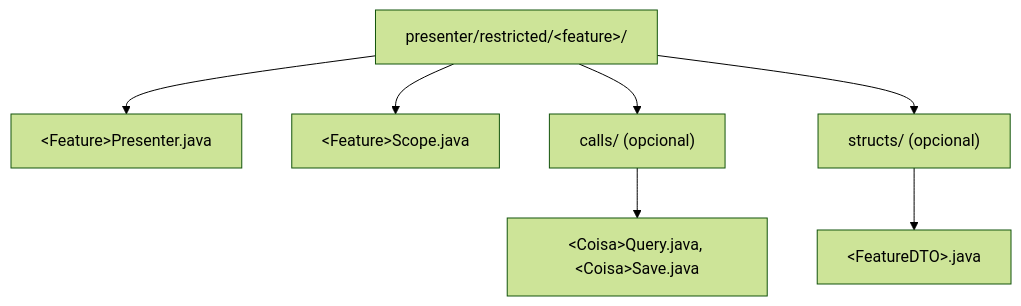
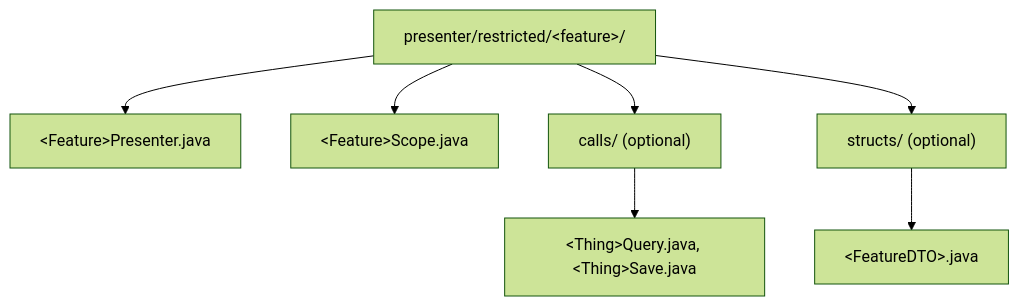
One commit to mrcdom/wdc-cube-java-v2 changed the fourth of 4 diagrams in fontes/br.com.wdc.shopping/br.com.wdc.shopping.presentation/README.md. Above: the diagram before and after it, drawn with Mermaid (forest theme). The commit also changed other lines of this file and 69 other files, not shown here.

````diff
--- a/fontes/br.com.wdc.shopping/br.com.wdc.shopping.presentation/README.md
+++ b/fontes/br.com.wdc.shopping/br.com.wdc.shopping.presentation/README.md
@@ -225,10 +233,10 @@
 ```mermaid
 graph TD
     feature["presenter/restricted/&lt;feature&gt;/"]
     feature --> Presenter["&lt;Feature&gt;Presenter.java"]
     feature --> Scope["&lt;Feature&gt;Scope.java"]
-    feature --> calls["calls/ (opcional)"]
-    calls --> Call["&lt;Coisa&gt;Query.java, &lt;Coisa&gt;Save.java"]
-    feature --> structs["structs/ (opcional)"]
+    feature --> calls["calls/ (optional)"]
+    calls --> Call["&lt;Thing&gt;Query.java, &lt;Thing&gt;Save.java"]
+    feature --> structs["structs/ (optional)"]
     structs --> DTO["&lt;FeatureDTO&gt;.java"]
 ```
````
